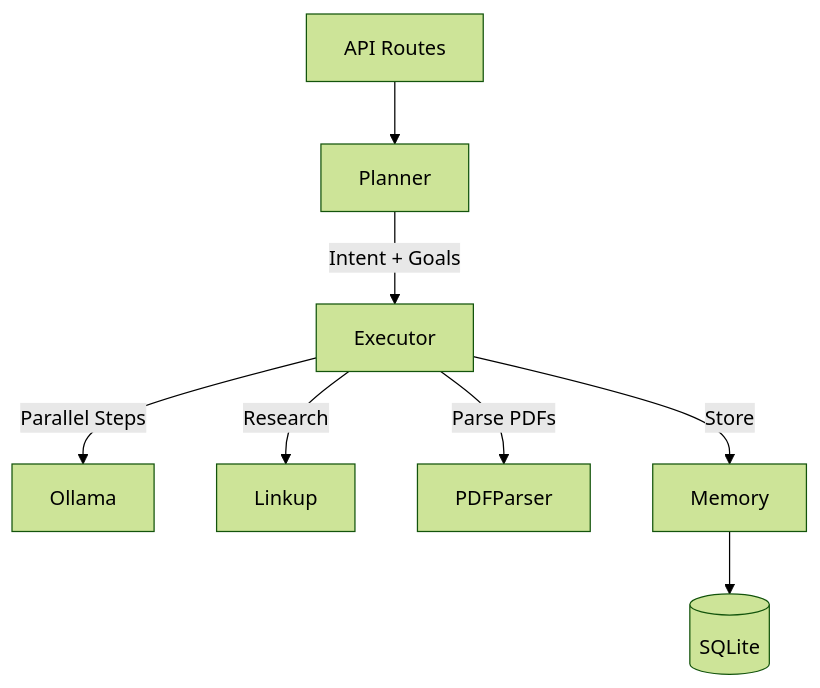
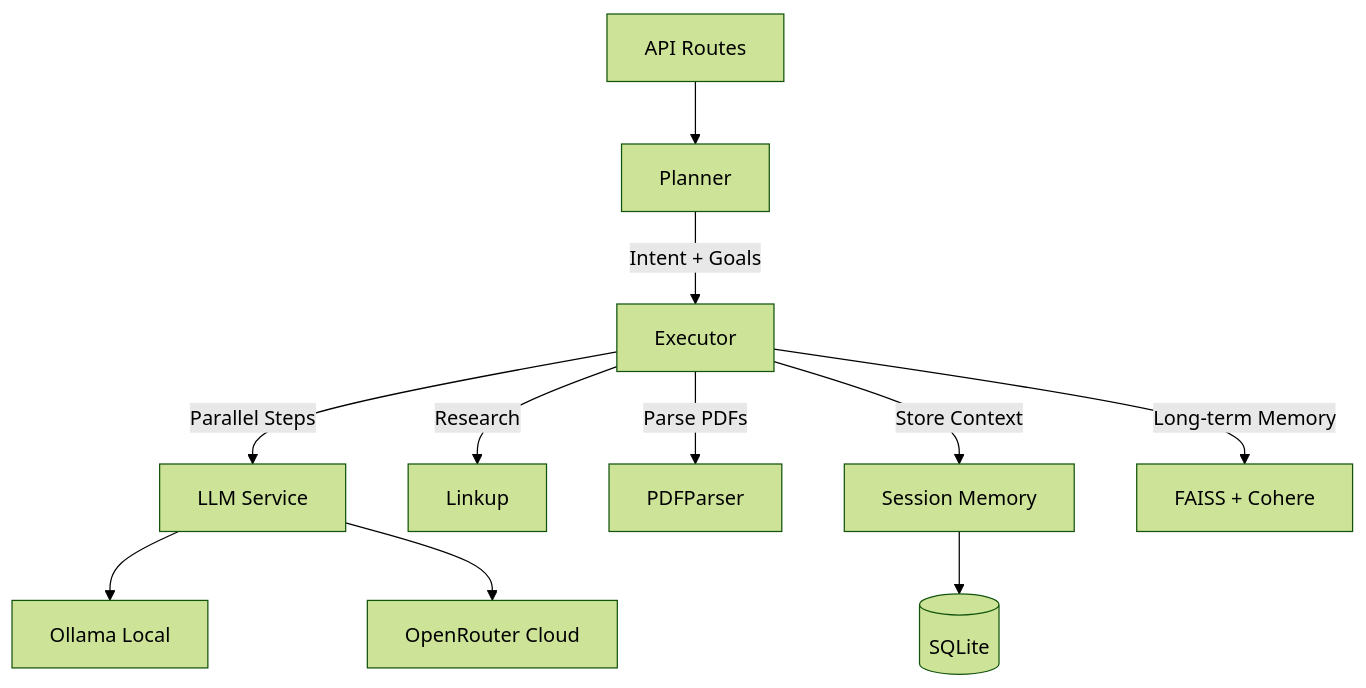
One commit to yond5413/linkup-navi changed the diagram in backend/README.md. Above: the diagram before and after it, drawn with Mermaid (forest theme). The commit also changed other lines of this file and 16 other files, not shown here.

````diff
--- a/backend/README.md
+++ b/backend/README.md
@@ -67,10 +72,13 @@
 ```mermaid
 graph TD
     API[API Routes] --> Planner
     Planner -->|Intent + Goals| Executor
-    Executor -->|Parallel Steps| Ollama
+    Executor -->|Parallel Steps| LLM[LLM Service]
     Executor -->|Research| Linkup
     Executor -->|Parse PDFs| PDFParser
-    Executor -->|Store| Memory
+    Executor -->|Store Context| Memory[Session Memory]
     Memory --> DB[(SQLite)]
+    Executor -->|Long-term Memory| VectorMemory[FAISS + Cohere]
+    LLM --> Ollama[Ollama Local]
+    LLM --> OpenRouter[OpenRouter Cloud]
 ```
````
